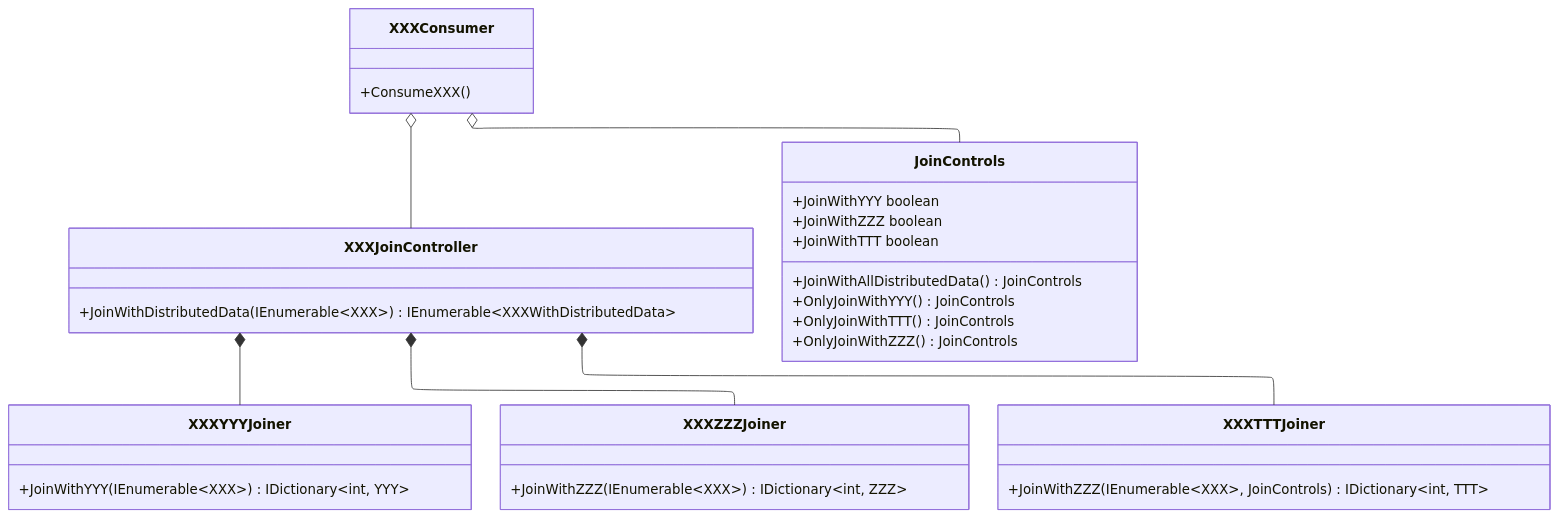
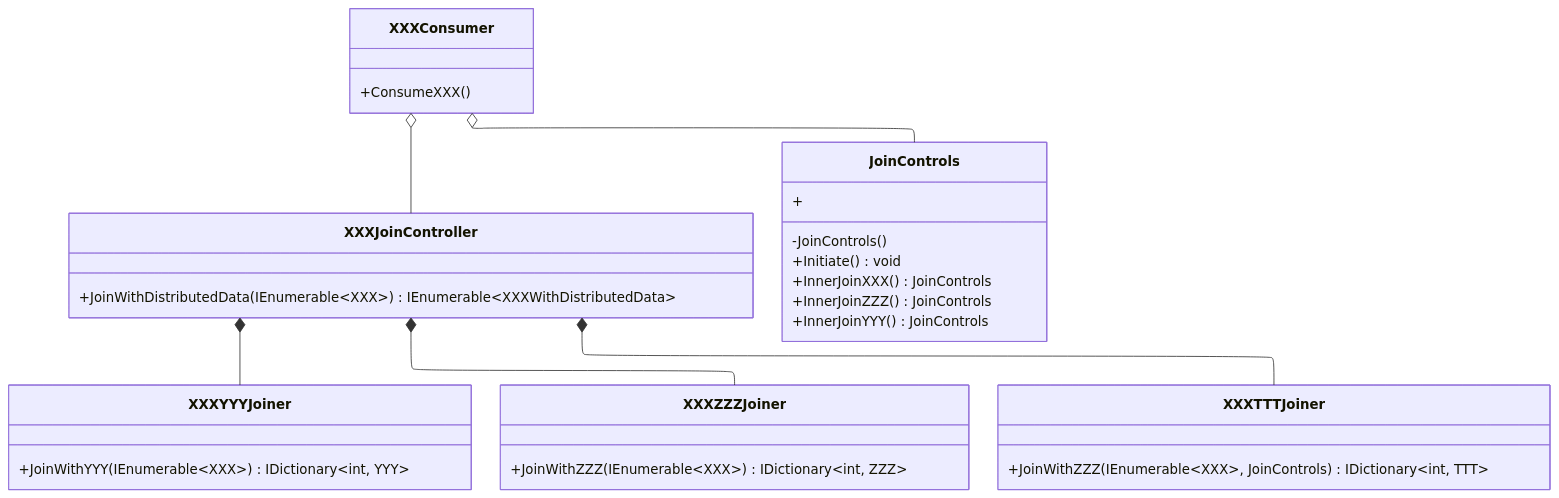
The diagram in README.md (medbalighhamdi/Patterns.DistributedJoins), drawn with Mermaid before and after one commit.

Commit message:
docs: update diagram

````diff
--- a/README.md
+++ b/README.md
@@ -31,33 +31,32 @@
 ```mermaid
 %%{ init: { 'layout': 'elk' } }%%
 classDiagram
     XXXJoinController *-- XXXYYYJoiner
     XXXJoinController *-- XXXZZZJoiner
     XXXJoinController *-- XXXTTTJoiner
     XXXConsumer o--  XXXJoinController
     XXXConsumer o--  JoinControls
     class XXXYYYJoiner{
       +JoinWithYYY(IEnumerable~XXX~) IDictionary~int, YYY~
     }
     class XXXZZZJoiner{
       +JoinWithZZZ(IEnumerable~XXX~) IDictionary~int, ZZZ~
     }
     class XXXTTTJoiner{
       +JoinWithZZZ(IEnumerable~XXX~, JoinControls) IDictionary~int, TTT~
     }
     class XXXJoinController{
       +JoinWithDistributedData(IEnumerable~XXX~) IEnumerable~XXXWithDistributedData~
     }
      class XXXConsumer{
       +ConsumeXXX()
     }
     class JoinControls{
-      +JoinWithYYY boolean
-      +JoinWithZZZ boolean
-      +JoinWithTTT boolean
-      +JoinWithAllDistributedData() JoinControls
-      +OnlyJoinWithYYY() JoinControls
-      +OnlyJoinWithTTT() JoinControls
-      +OnlyJoinWithZZZ() JoinControls
+      -JoinControls()
+      +Initiate() void
+      +InnerJoinXXX() JoinControls
+      +InnerJoinZZZ() JoinControls
+      +InnerJoinYYY() JoinControls
+      +
     }
 ```
````
